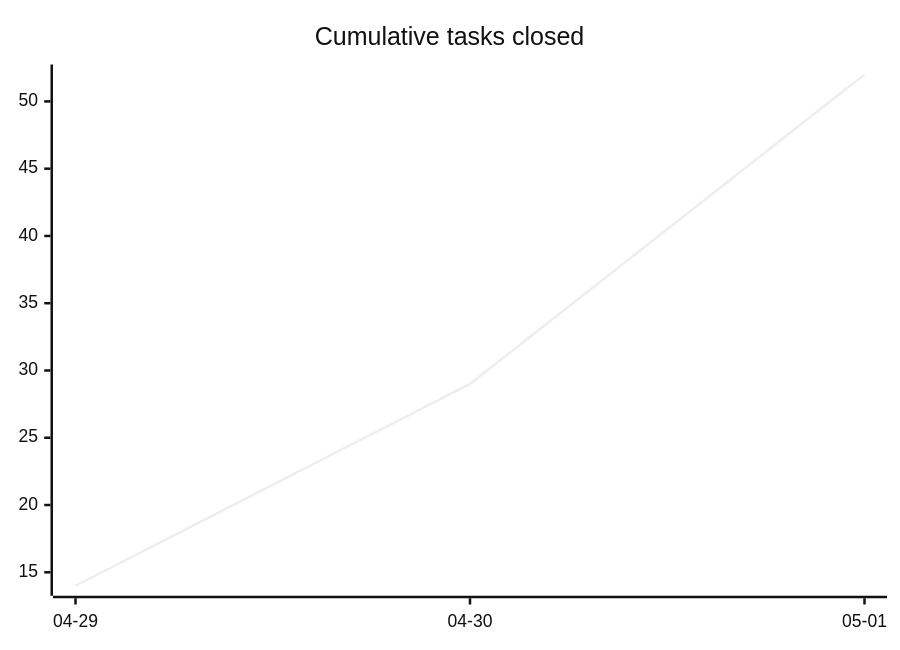
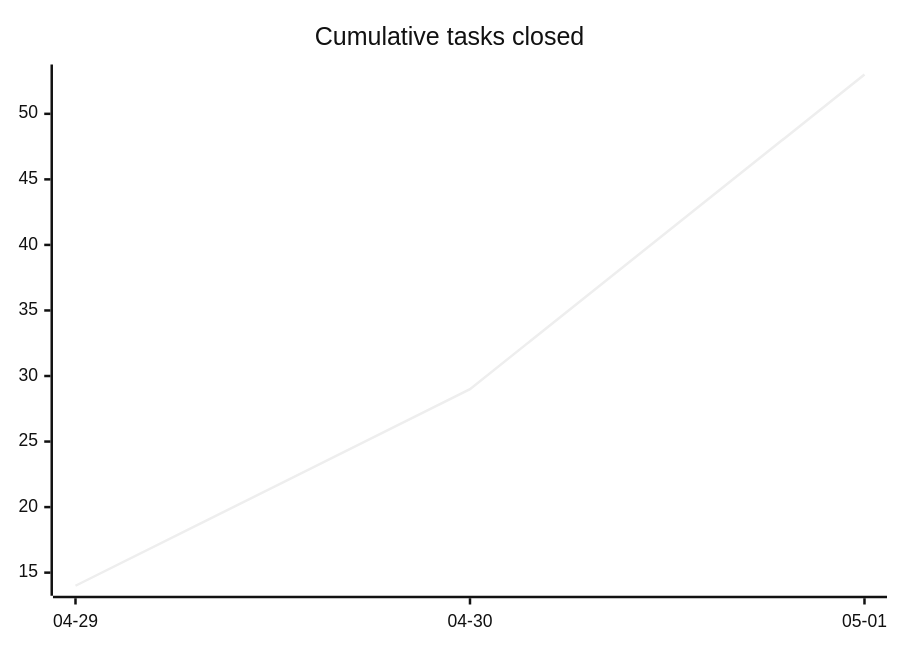
The first of 3 diagrams in docs/developers/tasks/OVERVIEW.md (tgd1975/AwesomeStudioPedal), drawn with Mermaid (neutral theme) before and after one commit. The commit also changed other lines of this file and 2 other files, not shown here.

````diff
--- a/docs/developers/tasks/OVERVIEW.md
+++ b/docs/developers/tasks/OVERVIEW.md
@@ -22,6 +22,6 @@
 ```mermaid
 xychart-beta
     title "Cumulative tasks closed"
     x-axis ["04-29", "04-30", "05-01"]
-    line [14, 29, 52]
+    line [14, 29, 53]
 ```
````
